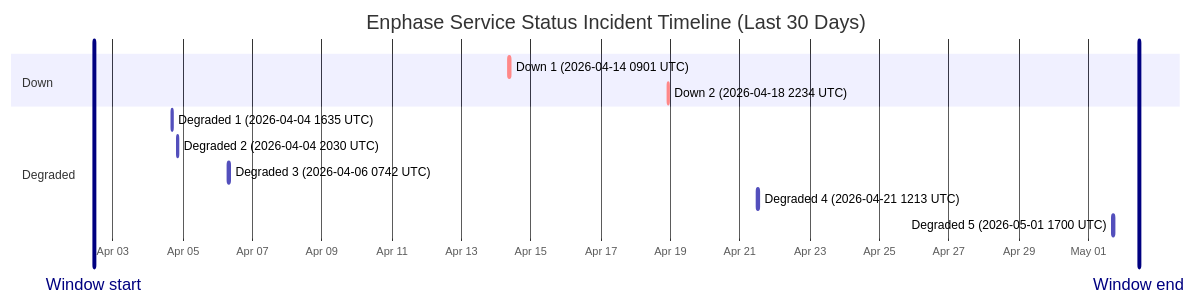
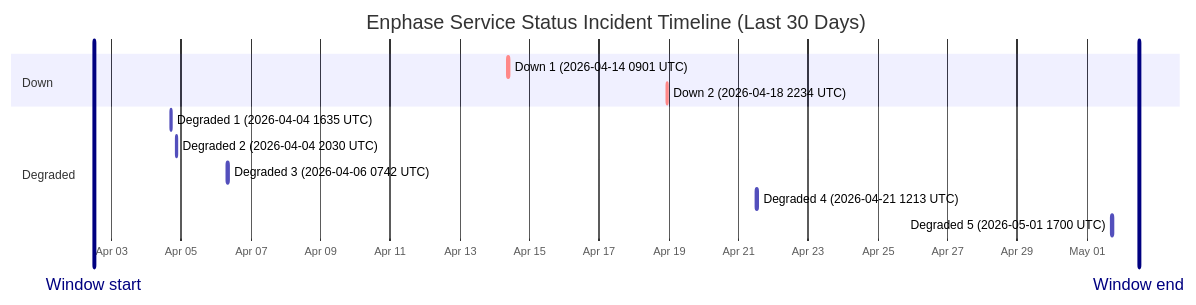
The diagram in wiki/Service-Status-History.md (barneyonline/ha-enphase-ev-charger), drawn with Mermaid before and after one commit. The commit also changed other lines of this file and 3 other files, not shown here.

````diff
--- a/wiki/Service-Status-History.md
+++ b/wiki/Service-Status-History.md
@@ -14,17 +14,17 @@
 ```mermaid
 gantt
     title Enphase Service Status Incident Timeline (Last 30 Days)
     dateFormat  YYYY-MM-DDTHH:mm:ss
     axisFormat  %b %d
-    Window start :vert, window-start, 2026-04-02T10:56:05, 0ms
-    Window end :vert, window-end, 2026-05-02T10:56:05, 0ms
+    Window start :vert, window-start, 2026-04-02T11:46:53, 0ms
+    Window end :vert, window-end, 2026-05-02T11:46:53, 0ms
     section Down
     Down 1 (2026-04-14 0901 UTC) :crit, down-1, 2026-04-14T09:01:13, 60m
     Down 2 (2026-04-18 2234 UTC) :crit, down-2, 2026-04-18T22:34:13, 60m
     section Degraded
     Degraded 1 (2026-04-04 1635 UTC) :active, degraded-1, 2026-04-04T16:35:17, 60m
     Degraded 2 (2026-04-04 2030 UTC) :active, degraded-2, 2026-04-04T20:30:40, 60m
     Degraded 3 (2026-04-06 0742 UTC) :active, degraded-3, 2026-04-06T07:42:09, 85m
     Degraded 4 (2026-04-21 1213 UTC) :active, degraded-4, 2026-04-21T12:13:11, 60m
     Degraded 5 (2026-05-01 1700 UTC) :active, degraded-5, 2026-05-01T17:00:22, 60m
 ```
````
